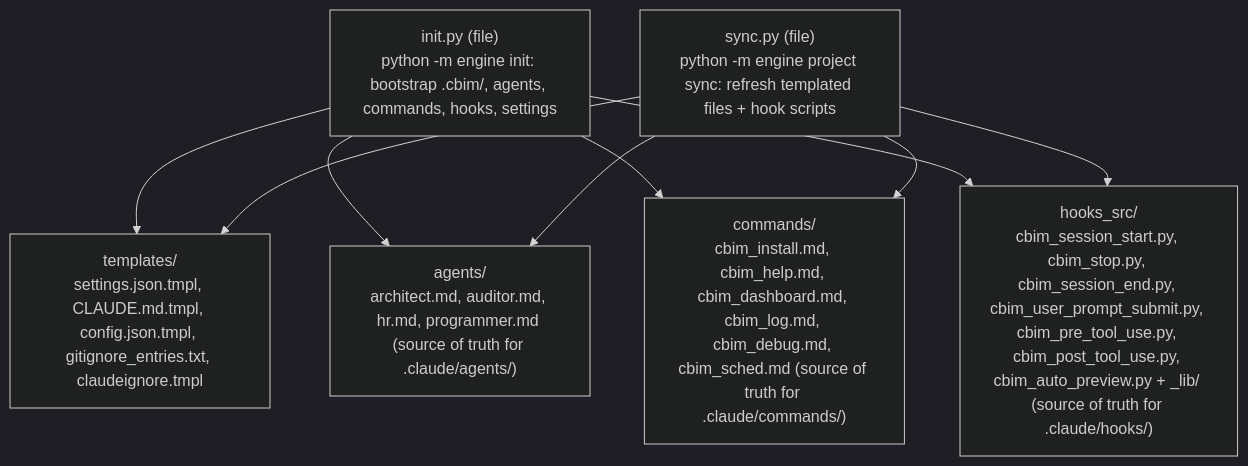
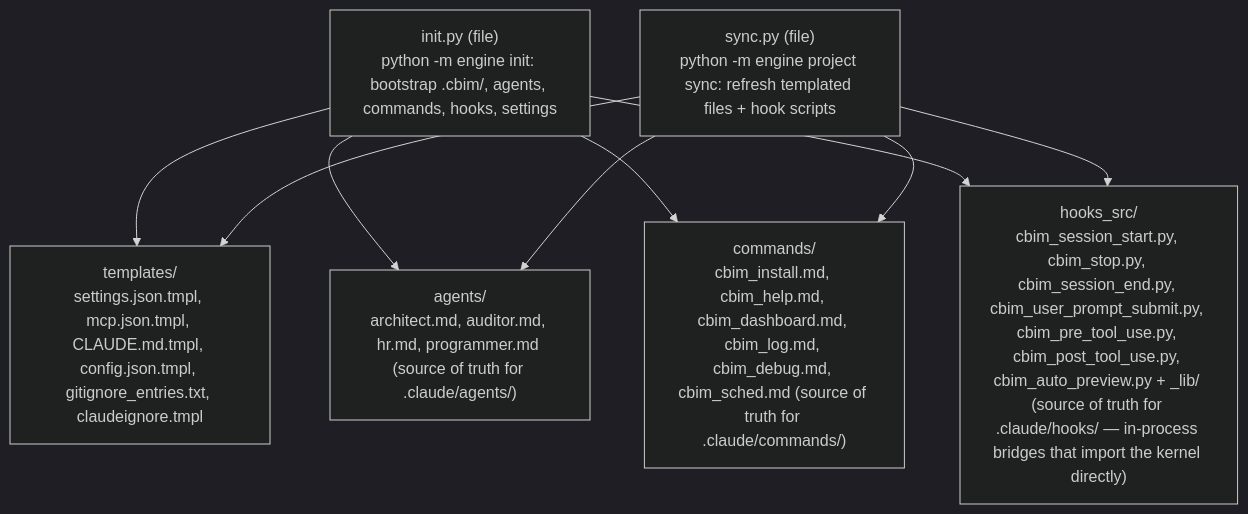
Before and after one commit to nan023062/agent-team-cc: the diagram in v1/src/kernel/project/.dna/module.md, drawn with Mermaid (dark theme). The commit also changed other lines of this file and 43 other files, not shown here.

````diff
--- a/v1/src/kernel/project/.dna/module.md
+++ b/v1/src/kernel/project/.dna/module.md
@@ -17,18 +17,18 @@
 ```mermaid
 graph TD
     init["init.py (file)<br/>python -m engine init: bootstrap .cbim/, agents, commands, hooks, settings"]
     sync["sync.py (file)<br/>python -m engine project sync: refresh templated files + hook scripts"]
-    tpl["templates/<br/>settings.json.tmpl, CLAUDE.md.tmpl, config.json.tmpl, gitignore_entries.txt, claudeignore.tmpl"]
+    tpl["templates/<br/>settings.json.tmpl, mcp.json.tmpl, CLAUDE.md.tmpl, config.json.tmpl, gitignore_entries.txt, claudeignore.tmpl"]
     agt["agents/<br/>architect.md, auditor.md, hr.md, programmer.md (source of truth for .claude/agents/)"]
     cmd["commands/<br/>cbim_install.md, cbim_help.md, cbim_dashboard.md, cbim_log.md, cbim_debug.md, cbim_sched.md (source of truth for .claude/commands/)"]
-    hsr["hooks_src/<br/>cbim_session_start.py, cbim_stop.py, cbim_session_end.py, cbim_user_prompt_submit.py, cbim_pre_tool_use.py, cbim_post_tool_use.py, cbim_auto_preview.py + _lib/ (source of truth for .claude/hooks/)"]
+    hsr["hooks_src/<br/>cbim_session_start.py, cbim_stop.py, cbim_session_end.py, cbim_user_prompt_submit.py, cbim_pre_tool_use.py, cbim_post_tool_use.py, cbim_auto_preview.py + _lib/ (source of truth for .claude/hooks/ — in-process bridges that import the kernel directly)"]
 
     init --> tpl
     init --> agt
     init --> cmd
     init --> hsr
     sync --> tpl
     sync --> agt
     sync --> cmd
     sync --> hsr
 ```
````
